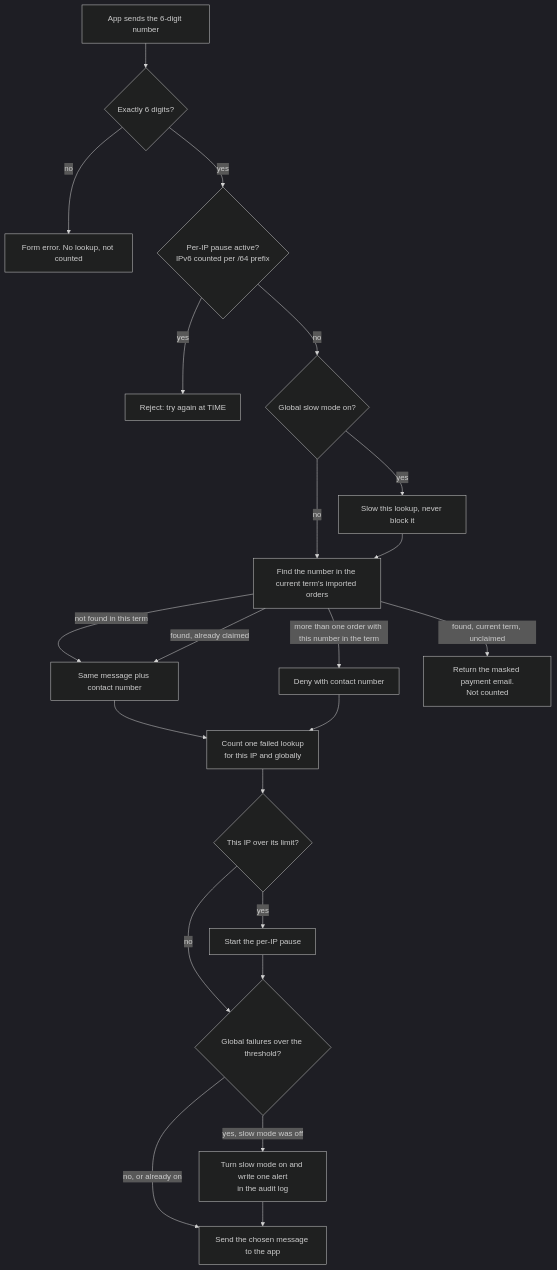
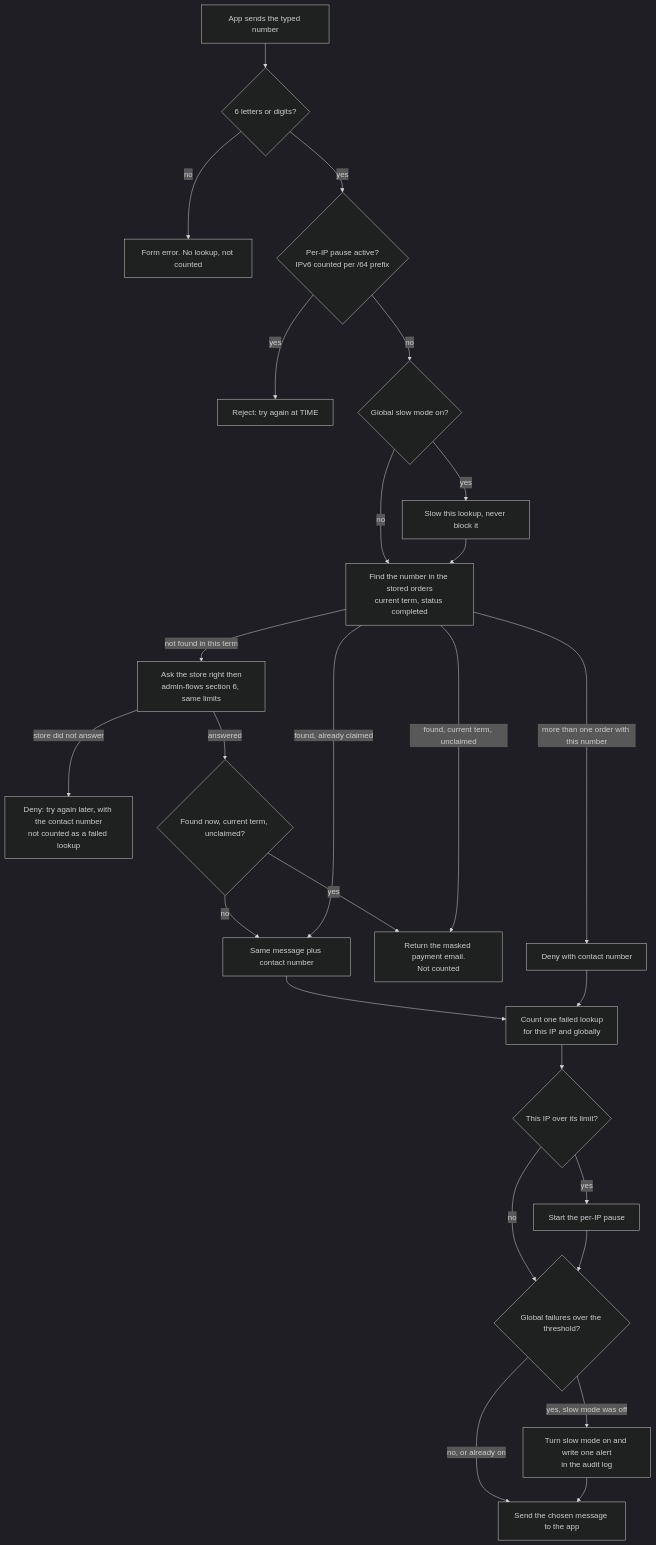
The second of 8 diagrams in docs/design/registration-flows.md (Th3-Minorities/natatorio-gym-app), drawn with Mermaid (dark theme) before and after one commit. The commit also changed other lines of this file and 8 other files, not shown here.

Commit message:
Update the SRS and design docs for personal staff accounts, check-out, one roster, store sync and the other meeting decisions

````diff
--- a/docs/design/registration-flows.md
+++ b/docs/design/registration-flows.md
@@ -55,24 +55,28 @@
 ```mermaid
 flowchart TD
-  IN["App sends the 6-digit number"] --> FMT{"Exactly 6 digits?"}
+  IN["App sends the typed number"] --> FMT{"6 letters or digits?"}
   FMT -->|"no"| X0["Form error. No lookup, not counted"]
   FMT -->|"yes"| IPP{"Per-IP pause active?<br/>IPv6 counted per /64 prefix"}
   IPP -->|"yes"| X1["Reject: try again at TIME"]
   IPP -->|"no"| SLOW{"Global slow mode on?"}
   SLOW -->|"yes"| WAIT["Slow this lookup, never block it"]
   SLOW -->|"no"| Q
-  WAIT --> Q["Find the number in the current term's imported orders"]
-  Q -->|"not found in this term"| FAIL["Same message plus contact number"]
+  WAIT --> Q["Find the number in the stored orders<br/>current term, status completed"]
+  Q -->|"not found in this term"| ASK["Ask the store right then<br/>admin-flows section 6, same limits"]
+  ASK -->|"store did not answer"| SD["Deny: try again later, with the contact number<br/>not counted as a failed lookup"]
+  ASK -->|"answered"| Q2{"Found now, current term, unclaimed?"}
+  Q2 -->|"no"| FAIL["Same message plus contact number"]
+  Q2 -->|"yes"| GOOD["Return the masked payment email.<br/>Not counted"]
   Q -->|"found, already claimed"| FAIL
-  Q -->|"more than one order with this number in the term"| DUP["Deny with contact number"]
-  Q -->|"found, current term, unclaimed"| GOOD["Return the masked payment email.<br/>Not counted"]
+  Q -->|"more than one order with this number"| DUP["Deny with contact number"]
+  Q -->|"found, current term, unclaimed"| GOOD
   FAIL --> CNT["Count one failed lookup<br/>for this IP and globally"]
   DUP --> CNT
   CNT --> T1{"This IP over its limit?"}
   T1 -->|"yes"| P1["Start the per-IP pause"]
   T1 -->|"no"| T2
   P1 --> T2{"Global failures over the threshold?"}
   T2 -->|"yes, slow mode was off"| P2["Turn slow mode on and write one alert<br/>in the audit log"]
   T2 -->|"no, or already on"| RESP["Send the chosen message to the app"]
   P2 --> RESP
 ```
````
